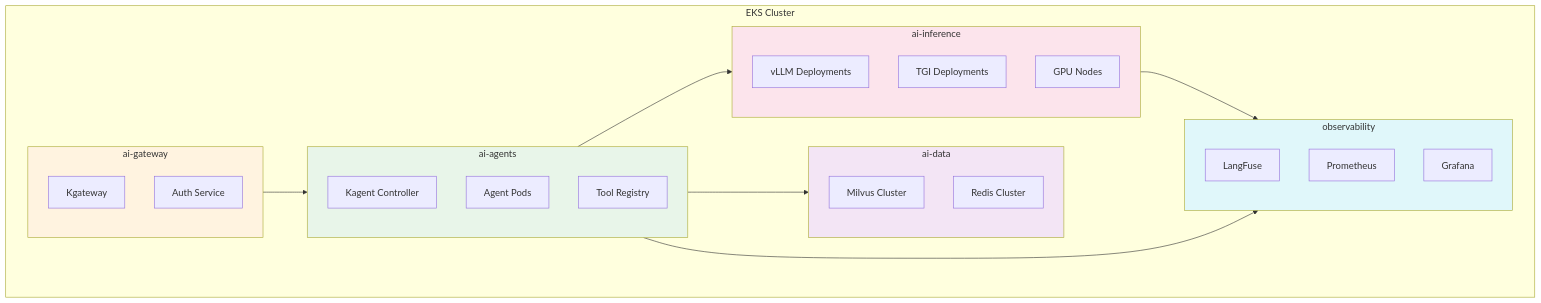
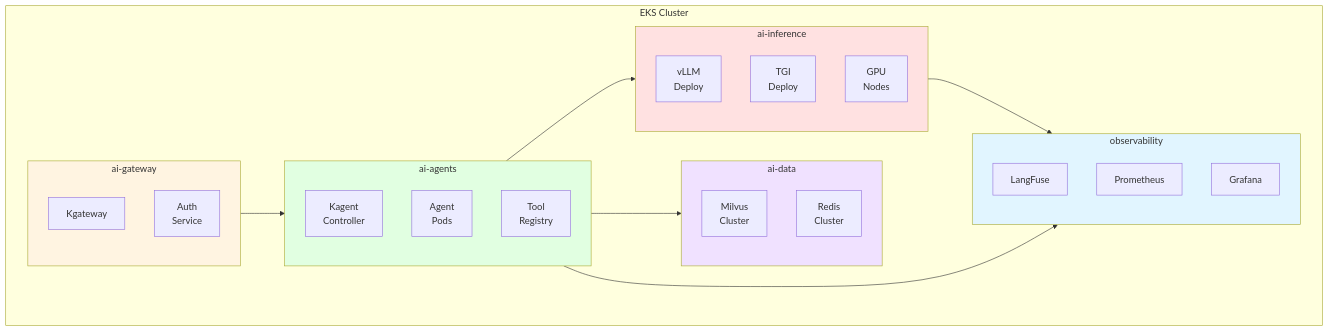
Before and after one commit to devfloor9/engineering-playbook: the sixth of 10 diagrams in docs/agentic-ai-platform/design-architecture/agentic-platform-architecture.md, drawn with Mermaid. The commit also changed other lines of this file and 24 other files, not shown here.

````diff
--- a/docs/agentic-ai-platform/design-architecture/agentic-platform-architecture.md
+++ b/docs/agentic-ai-platform/design-architecture/agentic-platform-architecture.md
@@ -487,44 +487,44 @@
 ```mermaid
-graph TB
+flowchart TD
     subgraph Cluster["EKS Cluster"]
         subgraph NSGateway["ai-gateway"]
             GW["Kgateway"]
-            AUTH["Auth Service"]
+            AUTH["Auth<br/>Service"]
         end
 
         subgraph NSAgents["ai-agents"]
-            KAGENT["Kagent Controller"]
-            AGENTS["Agent Pods"]
-            TOOLS["Tool Registry"]
+            KAGENT["Kagent<br/>Controller"]
+            AGENTS["Agent<br/>Pods"]
+            TOOLS["Tool<br/>Registry"]
         end
 
         subgraph NSInference["ai-inference"]
-            VLLM["vLLM Deployments"]
-            TGI["TGI Deployments"]
-            GPU["GPU Nodes"]
+            VLLM["vLLM<br/>Deploy"]
+            TGI["TGI<br/>Deploy"]
+            GPU["GPU<br/>Nodes"]
         end
 
         subgraph NSData["ai-data"]
-            MILVUS["Milvus Cluster"]
-            REDIS["Redis Cluster"]
+            MILVUS["Milvus<br/>Cluster"]
+            REDIS["Redis<br/>Cluster"]
         end
 
-        subgraph NSObservability["observability"]
+        subgraph NSObs["observability"]
             LANGFUSE["LangFuse"]
             PROM["Prometheus"]
             GRAFANA["Grafana"]
         end
     end
 
     NSGateway --> NSAgents
     NSAgents --> NSInference
     NSAgents --> NSData
-    NSInference --> NSObservability
-    NSAgents --> NSObservability
+    NSInference --> NSObs
+    NSAgents --> NSObs
 
-    style NSGateway fill:#fff3e0
-    style NSAgents fill:#e8f5e9
-    style NSInference fill:#fce4ec
-    style NSData fill:#f3e5f5
-    style NSObservability fill:#e0f7fa
+    style NSGateway fill:#fff4e1
+    style NSAgents fill:#e1ffe1
+    style NSInference fill:#ffe1e1
+    style NSData fill:#f0e1ff
+    style NSObs fill:#e1f5ff
 ```
````
